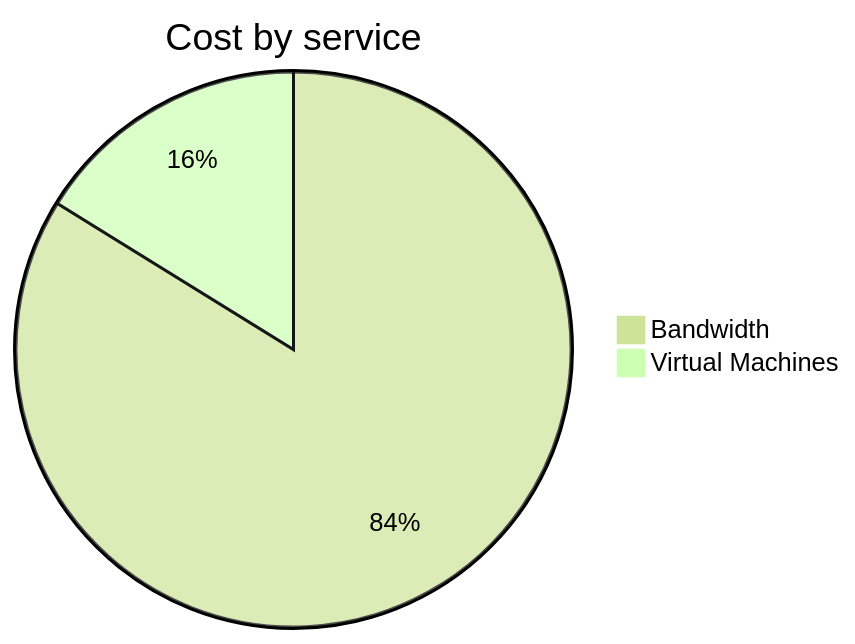
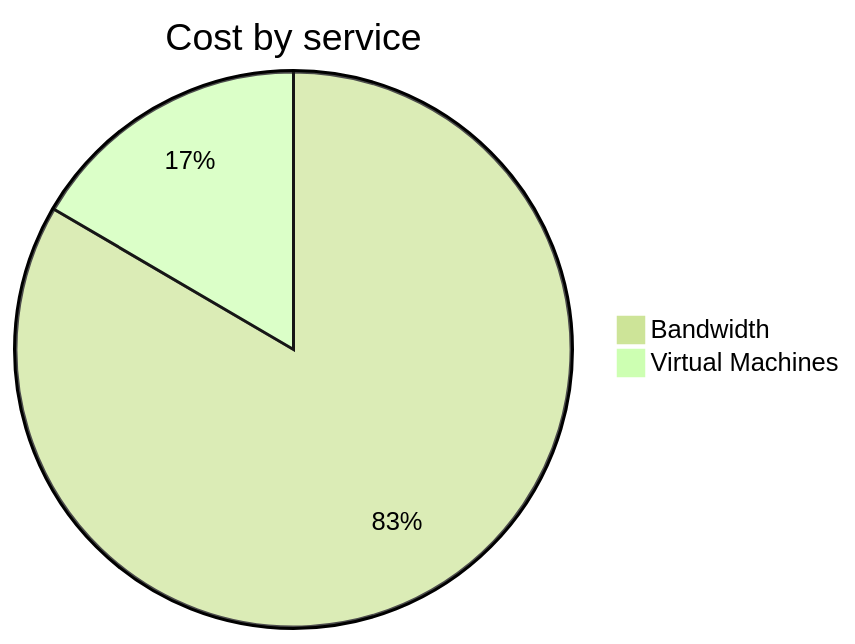
The second of 4 diagrams in cost-reports/personal-network/vpn-server.md (jpfulton/azure-personal-reports), drawn with Mermaid (forest theme) before and after one commit. The commit also changed other lines of this file and 8 other files, not shown here.

````diff
--- a/cost-reports/personal-network/vpn-server.md
+++ b/cost-reports/personal-network/vpn-server.md
@@ -92,6 +92,6 @@
 ```mermaid
 pie
    title Cost by service
-   "Bandwidth" : 7.51
-   "Virtual Machines" : 1.45
+   "Bandwidth" : 8.16
+   "Virtual Machines" : 1.62
 ```
````
